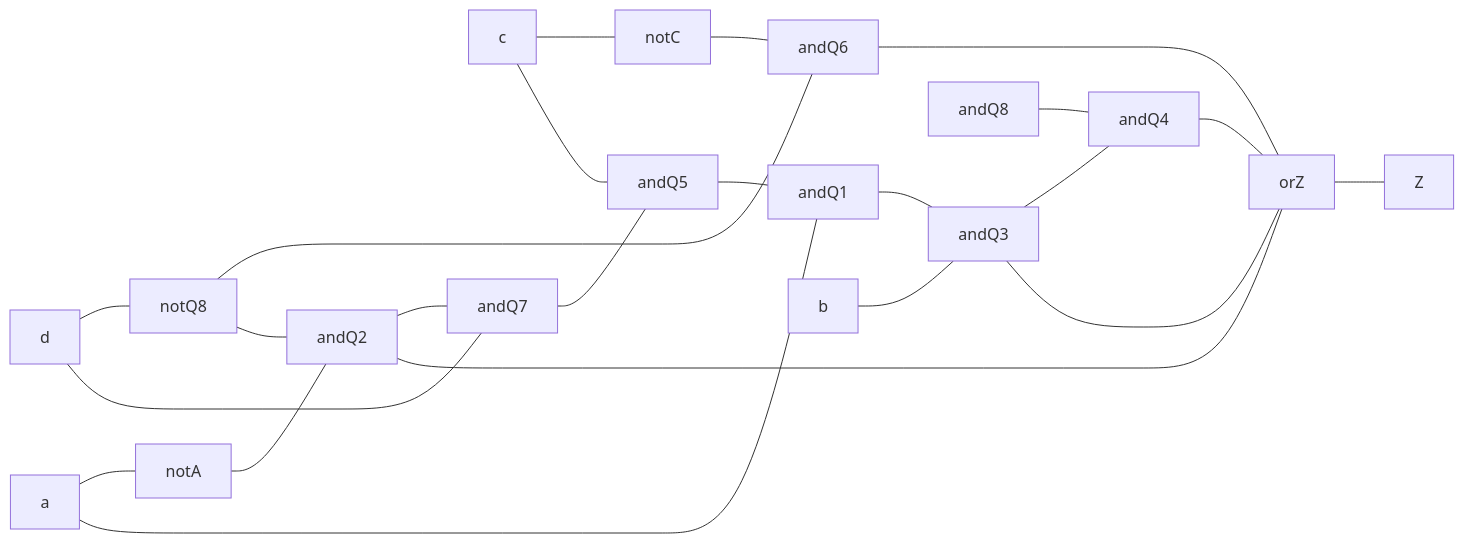
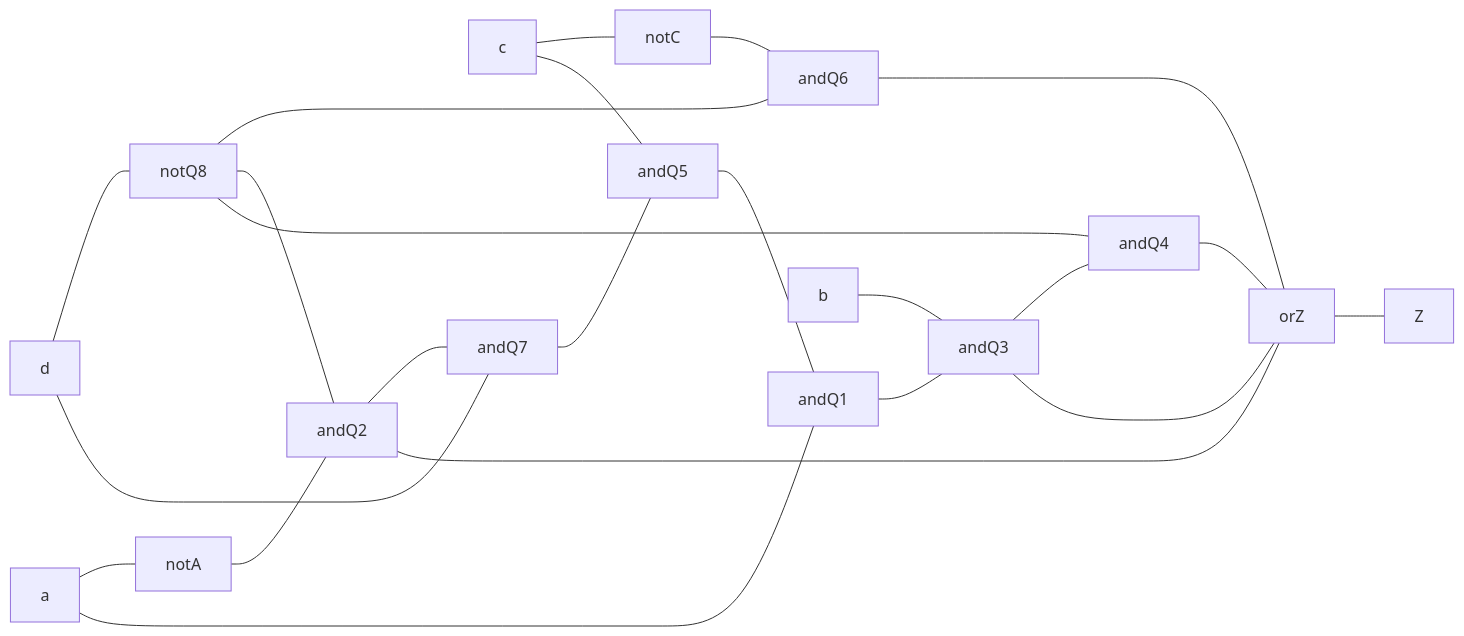
The first of 2 diagrams in CSDS 281 - Logic Design/HW/3/Tables.md (tnichols217/notes), drawn with Mermaid before and after one commit. The commit also changed 1 other file, not shown here.

Commit message:
vault backup: 2024-02-14 19:26:21

````diff
--- a/CSDS 281 - Logic Design/HW/3/Tables.md
+++ b/CSDS 281 - Logic Design/HW/3/Tables.md
@@ -2,28 +2,28 @@
 ```mermaid
 flowchart LR
 
 d --- notQ8
 
 c --- notC
 
 notQ8 & notC --- andQ6
 
 a --- notA
 
 notQ8 & notA --- andQ2
 
 d & andQ2 --- andQ7
 
 c & andQ7 --- andQ5
 
 a & andQ5 --- andQ1
 
 b & andQ1 --- andQ3
 
-andQ8 & andQ3 --- andQ4
+notQ8 & andQ3 --- andQ4
 
 andQ6 & andQ2 & andQ4 & andQ3 --- orZ
 
 orZ --- Z
 
 ```
````
